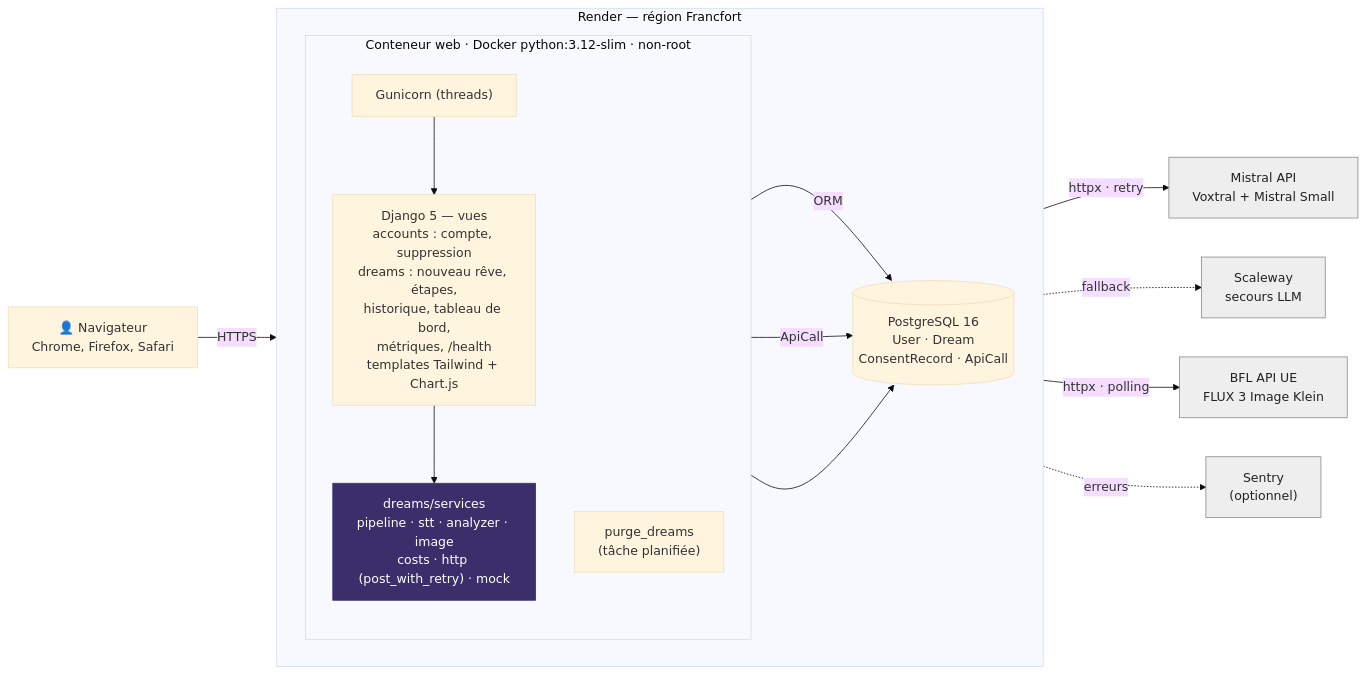
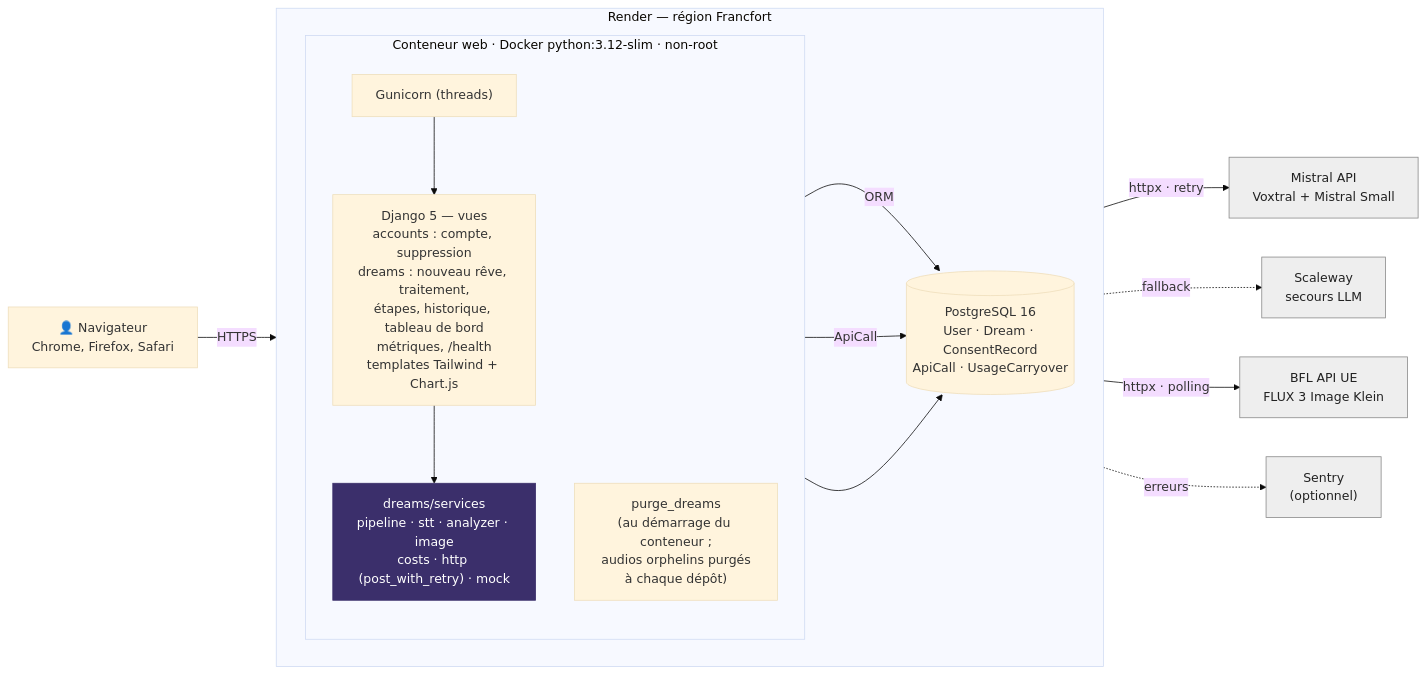
Before and after one commit to amesall10/synthetiseur-de-reves: the diagram in docs/diagrams/c4_container.mmd, drawn with Mermaid (base theme). The commit also changed 2 other files, not shown here.

Commit message:
docs: diagrammes c4_container, erd et sequence alignés sur le code
Versions corrigées fournies : purge sans tâche planifiée, UsageCarryover,
analyze_source, champs nullables, consentement vérifié à chaque étape.

```diff
--- a/docs/diagrams/c4_container.mmd
+++ b/docs/diagrams/c4_container.mmd
@@ -1,30 +1,30 @@
 flowchart LR
   U["👤 Navigateur<br/>Chrome, Firefox, Safari"]
   subgraph RENDER["Render — région Francfort"]
     direction LR
     subgraph WEB["Conteneur web · Docker python:3.12-slim · non-root"]
       direction TB
       G["Gunicorn (threads)"]
-      V["Django 5 — vues<br/>accounts : compte, suppression<br/>dreams : nouveau rêve, étapes,<br/>historique, tableau de bord,<br/>métriques, /health<br/>templates Tailwind + Chart.js"]
+      V["Django 5 — vues<br/>accounts : compte, suppression<br/>dreams : nouveau rêve, traitement,<br/>étapes, historique, tableau de bord<br/>métriques, /health<br/>templates Tailwind + Chart.js"]
       SV["dreams/services<br/>pipeline · stt · analyzer · image<br/>costs · http (post_with_retry) · mock"]
-      CMD["purge_dreams<br/>(tâche planifiée)"]
+      CMD["purge_dreams<br/>(au démarrage du conteneur ;<br/>audios orphelins purgés<br/>à chaque dépôt)"]
       G --> V --> SV
     end
-    DB[("PostgreSQL 16<br/>User · Dream<br/>ConsentRecord · ApiCall")]
+    DB[("PostgreSQL 16<br/>User · Dream · ConsentRecord<br/>ApiCall · UsageCarryover")]
   end
   MI["Mistral API<br/>Voxtral + Mistral Small"]
   SCW["Scaleway<br/>secours LLM"]
   BFL["BFL API UE<br/>FLUX 3 Image Klein"]
   SEN["Sentry<br/>(optionnel)"]
   U -- "HTTPS" --> G
   V -- "ORM" --> DB
   SV -- "ApiCall" --> DB
   CMD --> DB
   SV -- "httpx · retry" --> MI
   SV -. "fallback" .-> SCW
   SV -- "httpx · polling" --> BFL
   V -. "erreurs" .-> SEN
   classDef ext fill:#eeeeee,color:#222,stroke:#888
   classDef core fill:#3B2F6B,color:#fff,stroke:#3B2F6B
   class MI,SCW,BFL,SEN ext
   class SV core
```
